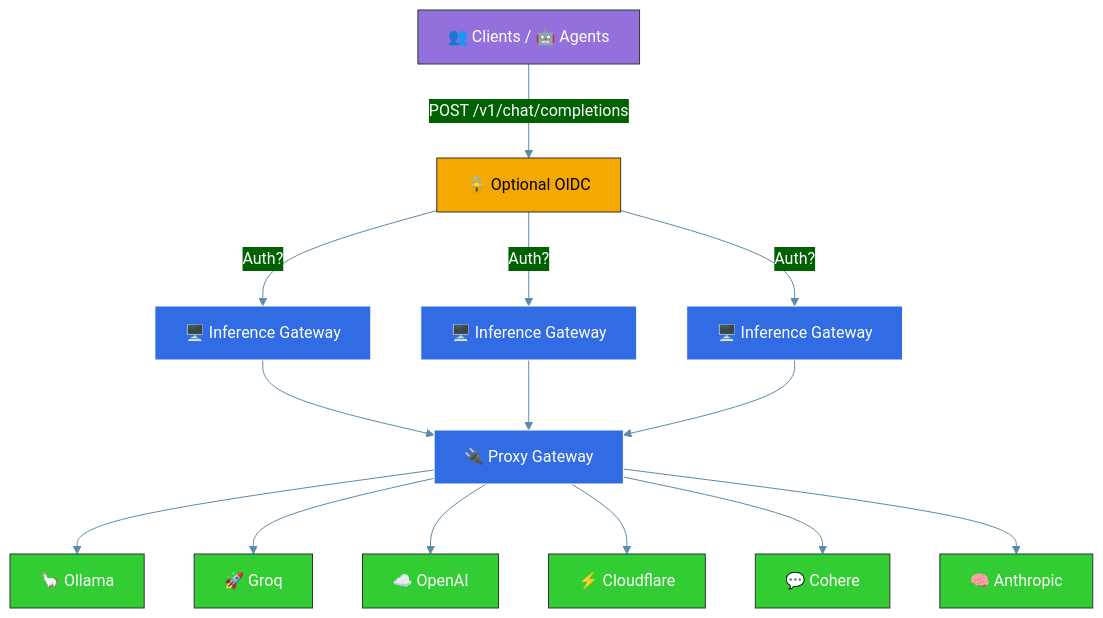
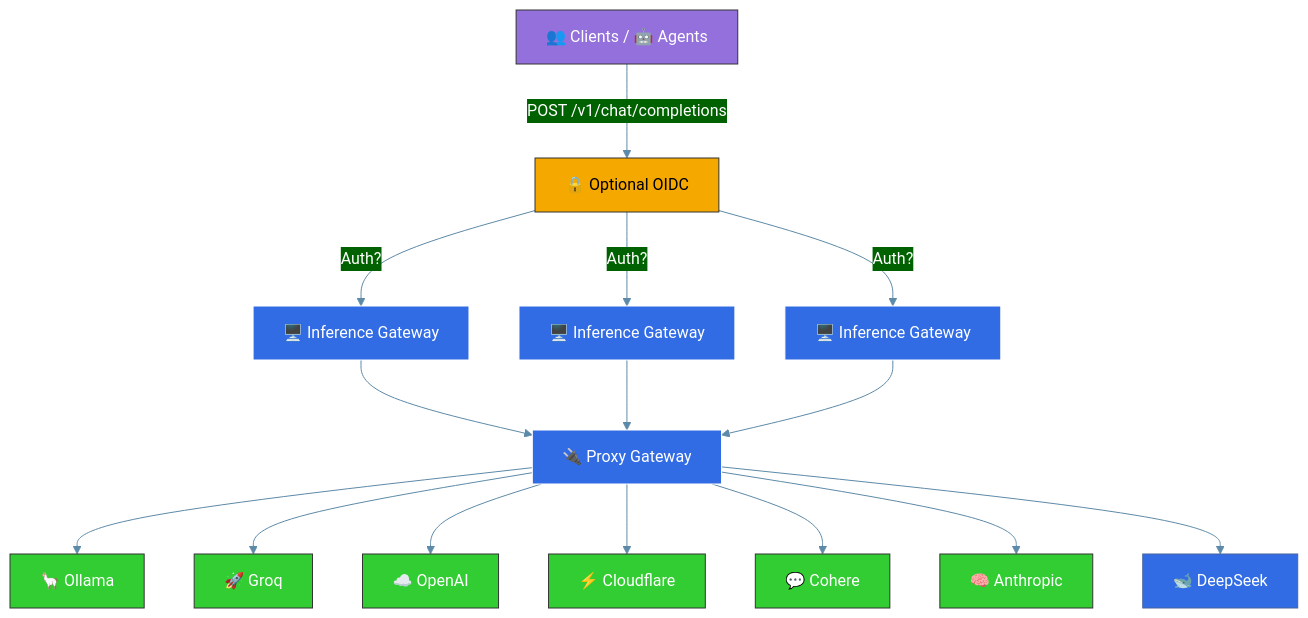
One commit to sammcj/inference-gateway changed the diagram in README.md. Above: the diagram before and after it, drawn with Mermaid. The commit also changed other lines of this file and 25 other files, not shown here.

First line of the commit message:
feat: Add DeepSeek Provider (#52)

````diff
--- a/README.md
+++ b/README.md
@@ -54,38 +54,39 @@
 ```mermaid
 %%{init: {'theme': 'base', 'themeVariables': { 'primaryColor': '#326CE5', 'primaryTextColor': '#fff', 'lineColor': '#5D8AA8', 'secondaryColor': '#006100' }, 'fontFamily': 'Arial', 'flowchart': {'nodeSpacing': 50, 'rankSpacing': 70, 'padding': 15}}}%%
 
 
 graph TD
     %% Client nodes
     A["👥 Clients / 🤖 Agents"] --> |POST /v1/chat/completions| Auth
 
     %% Auth node
     Auth["🔒 Optional OIDC"] --> |Auth?| IG1
     Auth --> |Auth?| IG2
     Auth --> |Auth?| IG3
 
     %% Gateway nodes
     IG1["🖥️ Inference Gateway"] --> P
     IG2["🖥️ Inference Gateway"] --> P
     IG3["🖥️ Inference Gateway"] --> P
 
     %% Proxy and providers
     P["🔌 Proxy Gateway"] --> C["🦙 Ollama"]
     P --> D["🚀 Groq"]
     P --> E["☁️ OpenAI"]
     P --> G["⚡ Cloudflare"]
     P --> H1["💬 Cohere"]
     P --> H2["🧠 Anthropic"]
+    P --> H3["🐋 DeepSeek"]
 
     %% Define styles
     classDef client fill:#9370DB,stroke:#333,stroke-width:1px,color:white;
     classDef auth fill:#F5A800,stroke:#333,stroke-width:1px,color:black;
     classDef gateway fill:#326CE5,stroke:#fff,stroke-width:1px,color:white;
     classDef provider fill:#32CD32,stroke:#333,stroke-width:1px,color:white;
 
     %% Apply styles
     class A client;
     class Auth auth;
     class IG1,IG2,IG3,P gateway;
     class C,D,E,G,H1,H2 provider;
 ```
````
